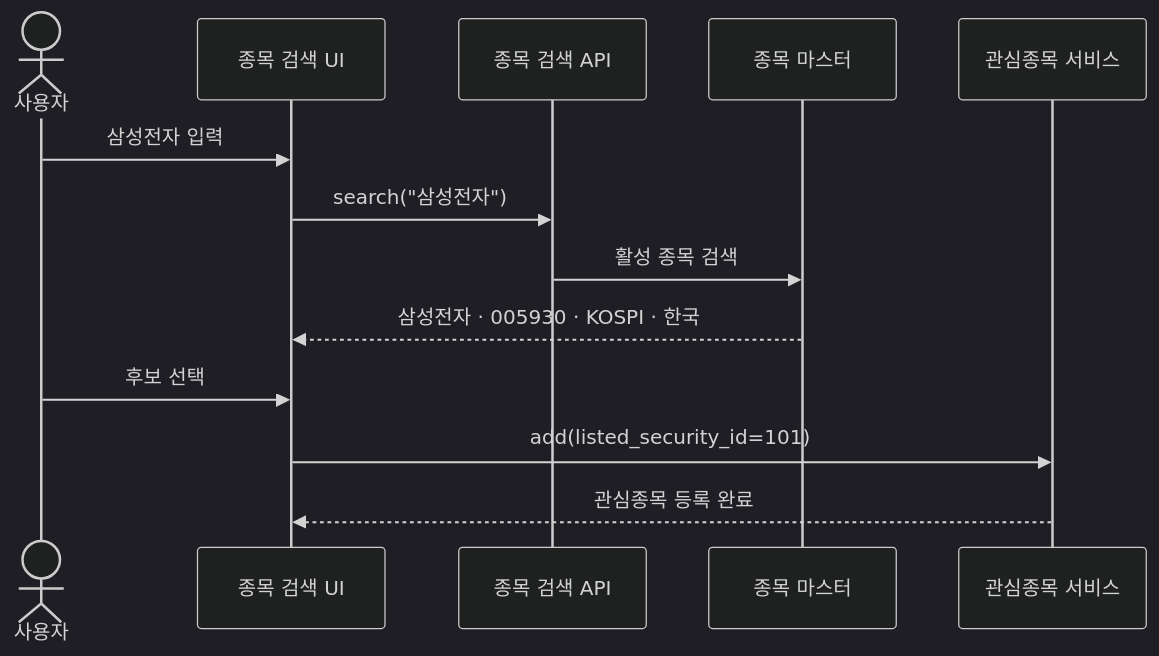
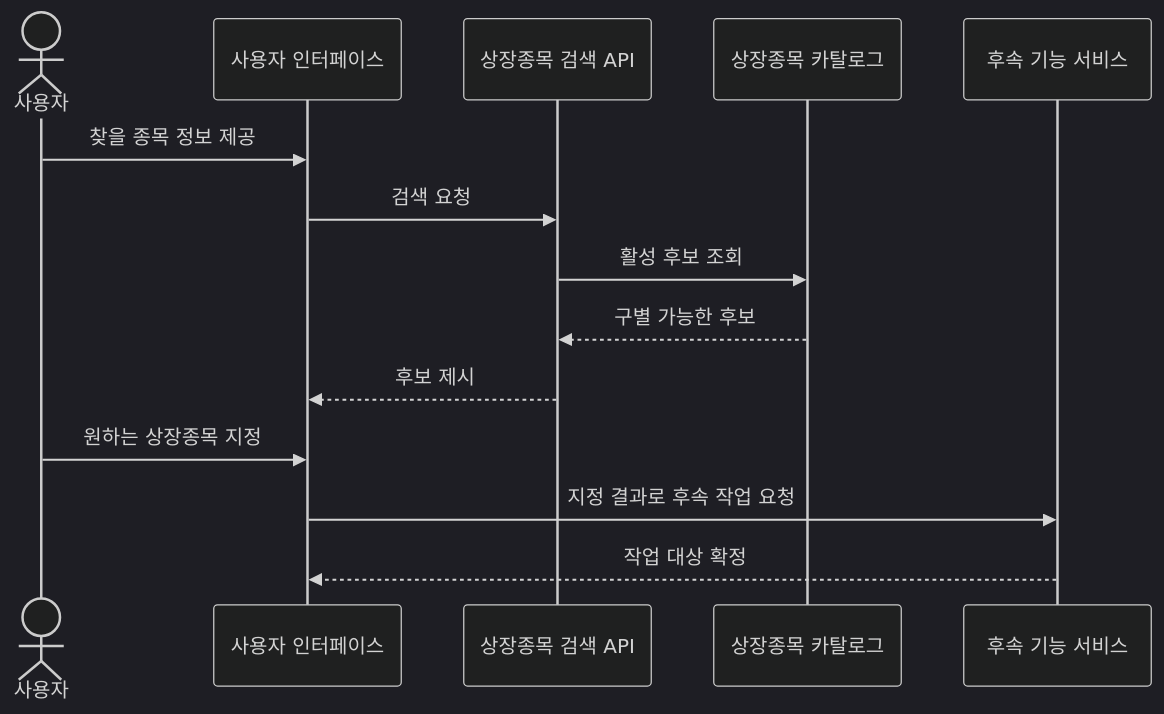
One commit to PhilPark-geosr/stock-agent changed the fifth of 6 diagrams in design/stock_search_recommendation_design.md. Above: the diagram before and after it, drawn with Mermaid (dark theme). The commit also changed other lines of this file and 1 other file, not shown here.

Commit message:
docs: revise stock search design after review

````diff
--- a/design/stock_search_recommendation_design.md
+++ b/design/stock_search_recommendation_design.md
@@ -331,16 +282,17 @@
 ```mermaid
 sequenceDiagram
     actor User as 사용자
-    participant UI as 종목 검색 UI
-    participant Search as 종목 검색 API
-    participant Master as 종목 마스터
-    participant WL as 관심종목 서비스
+    participant UI as 사용자 인터페이스
+    participant Search as 상장종목 검색 API
+    participant Catalog as 상장종목 카탈로그
+    participant Feature as 후속 기능 서비스
 
-    User->>UI: 삼성전자 입력
-    UI->>Search: search("삼성전자")
-    Search->>Master: 활성 종목 검색
-    Master-->>UI: 삼성전자 · 005930 · KOSPI · 한국
-    User->>UI: 후보 선택
-    UI->>WL: add(listed_security_id=101)
-    WL-->>UI: 관심종목 등록 완료
+    User->>UI: 찾을 종목 정보 제공
+    UI->>Search: 검색 요청
+    Search->>Catalog: 활성 후보 조회
+    Catalog-->>Search: 구별 가능한 후보
+    Search-->>UI: 후보 제시
+    User->>UI: 원하는 상장종목 지정
+    UI->>Feature: 지정 결과로 후속 작업 요청
+    Feature-->>UI: 작업 대상 확정
 ```
````
